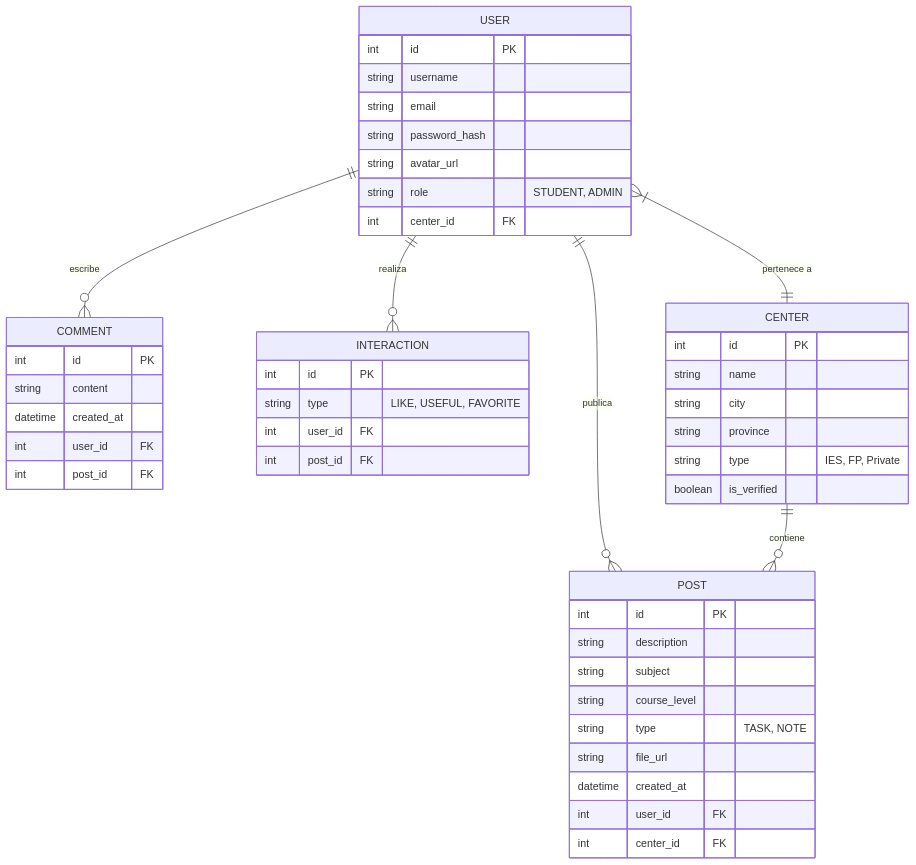
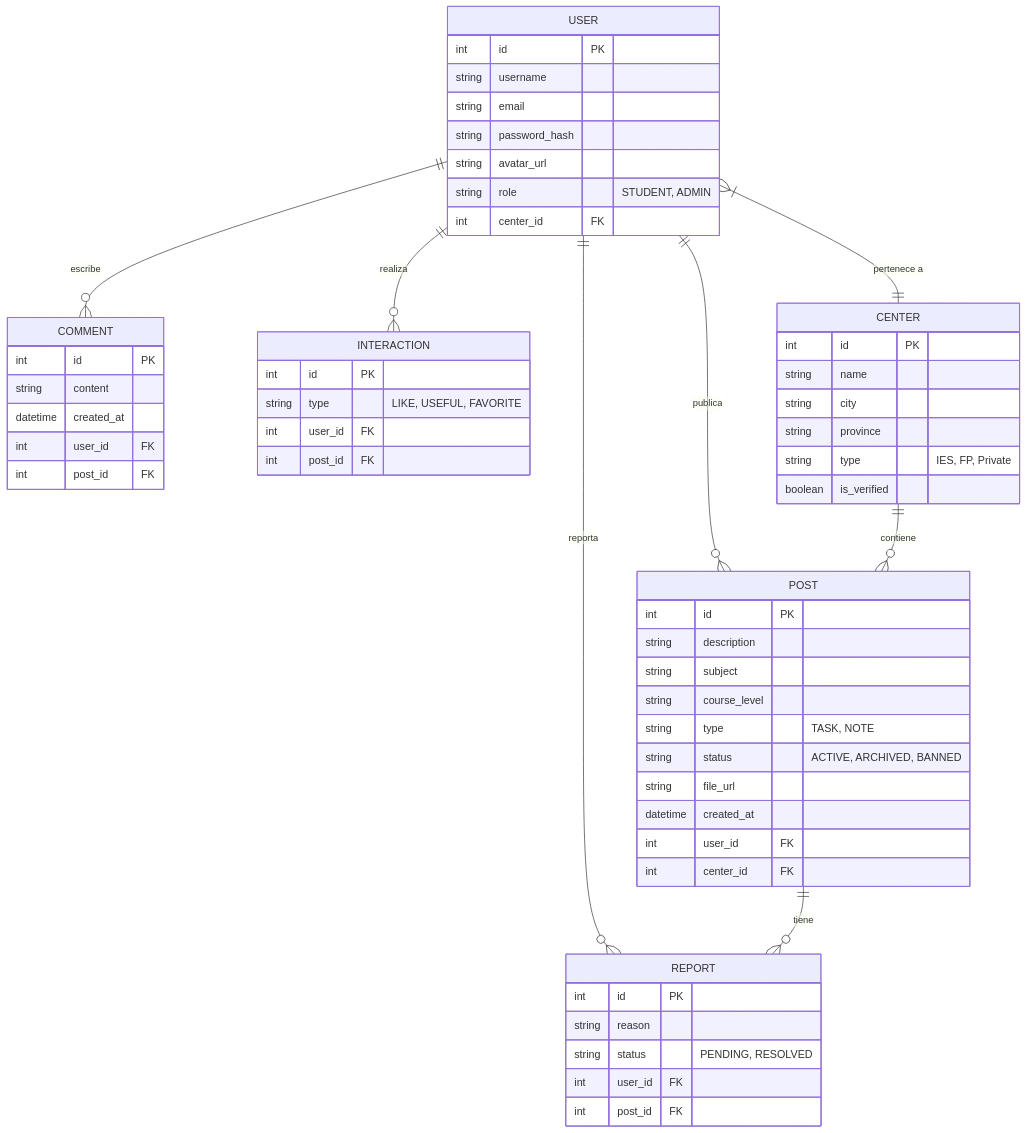
The diagram in README.md (Antoniomba23/PROYECTO-FINAL-ANDROID-SEGUNDO-DAM), drawn with Mermaid before and after one commit. The commit also changed other lines of this file, not shown here.

Commit message:
Refine ERD: Add REPORT entity and Post status

````diff
--- a/README.md
+++ b/README.md
@@ -40,54 +39,65 @@
 ```mermaid
 erDiagram
     USER ||--o{ POST : "publica"
     USER ||--o{ COMMENT : "escribe"
     USER ||--o{ INTERACTION : "realiza"
     USER }|--|| CENTER : "pertenece a"
     CENTER ||--o{ POST : "contiene"
+    USER ||--o{ REPORT : "reporta"
+    POST ||--o{ REPORT : "tiene"
 
     USER {
         int id PK
         string username
         string email
         string password_hash
         string avatar_url
         string role "STUDENT, ADMIN"
         int center_id FK
     }
 
     CENTER {
         int id PK
         string name
         string city
         string province
         string type "IES, FP, Private"
         boolean is_verified
     }
 
     POST {
         int id PK
         string description
         string subject
         string course_level
         string type "TASK, NOTE"
+        string status "ACTIVE, ARCHIVED, BANNED"
         string file_url
         datetime created_at
         int user_id FK
         int center_id FK
     }
 
     COMMENT {
         int id PK
         string content
         datetime created_at
         int user_id FK
         int post_id FK
     }
 
     INTERACTION {
         int id PK
         string type "LIKE, USEFUL, FAVORITE"
         int user_id FK
         int post_id FK
     }
+
+    REPORT {
+        int id PK
+        string reason
+        string status "PENDING, RESOLVED"
+        int user_id FK
+        int post_id FK
+    }
 ```
````
